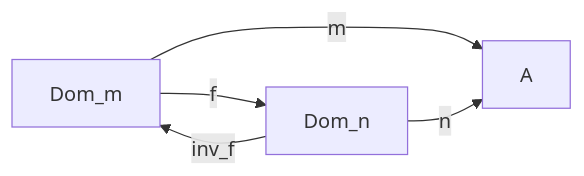
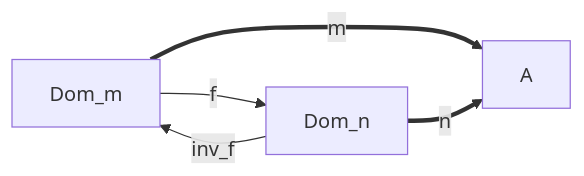
One commit to renatoleme/HeytingValuedSets changed diagram 17 of 23 in notes.md. Above: the diagram before and after it, drawn with Mermaid. The commit also changed other lines of this file and 1 other file, not shown here.

````diff
--- a/notes.md
+++ b/notes.md
@@ -400,7 +399,7 @@
 ```mermaid
 graph LR;
-  Dom_m--m-->A; 
+  Dom_m==m==>A; 
   Dom_m--f-->Dom_n;
   Dom_n--inv_f-->Dom_m;
-  Dom_n--n-->A;
+  Dom_n==n==>A;
 ```
````
